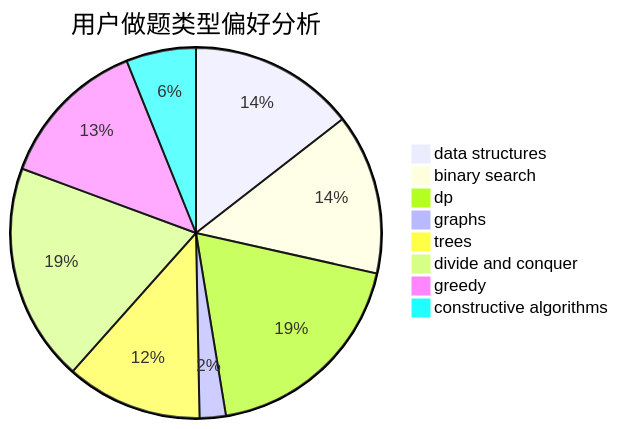
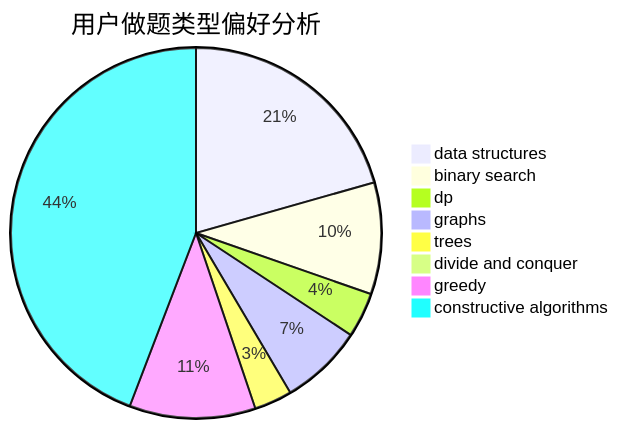
The second of 3 diagrams in docs/user/u254.md (sherpahu/cfrs.github.io), drawn with Mermaid before and after one commit. The commit also changed other lines of this file and 2770 other files, not shown here.

````diff
--- a/docs/user/u254.md
+++ b/docs/user/u254.md
@@ -23,11 +23,11 @@
 ```mermaid
 pie title 用户做题类型偏好分析
-    "data structures" :  95
-    "binary search" :  92
-    "dp" :  124
-    "graphs" :  15
-    "trees" :  78
-    "divide and conquer" :  125
-    "greedy" :  87
-    "constructive algorithms" :  40
+    "data structures" :  131
+    "binary search" :  62
+    "dp" :  25
+    "graphs" :  46
+    "trees" :  21
+    "divide and conquer" :  0
+    "greedy" :  70
+    "constructive algorithms" :  281
 ```
````
